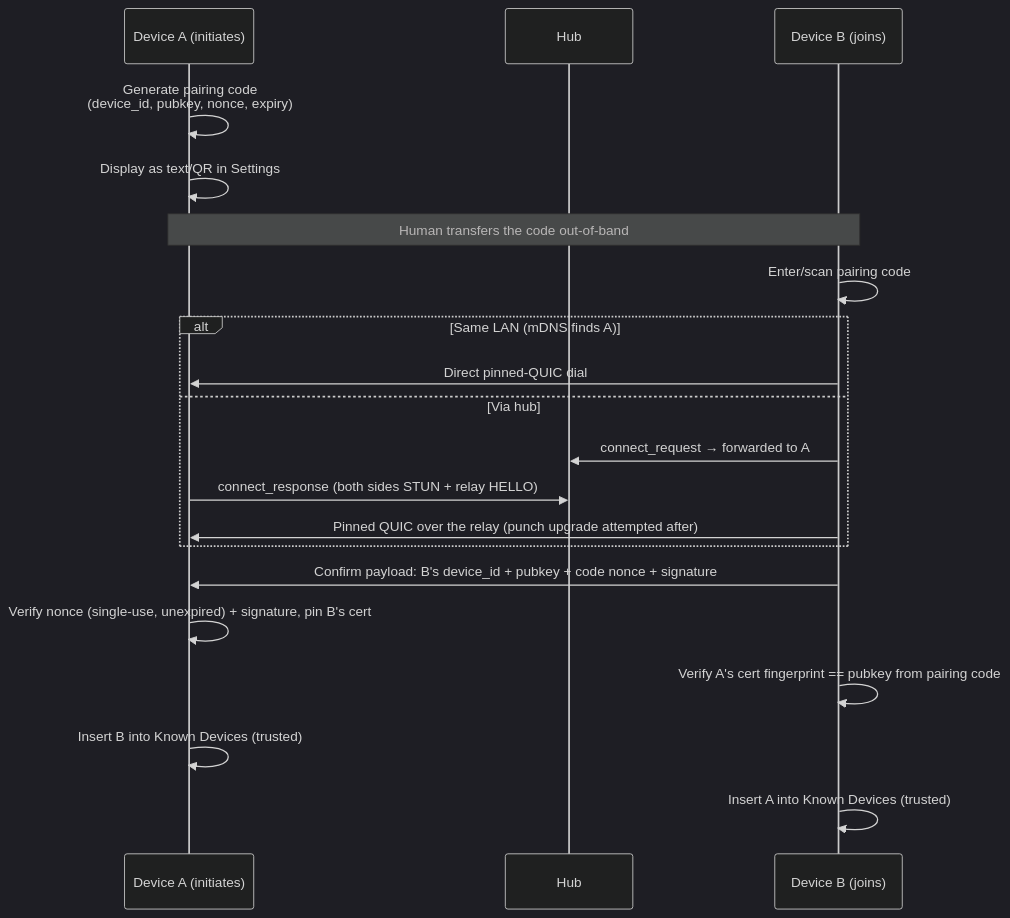
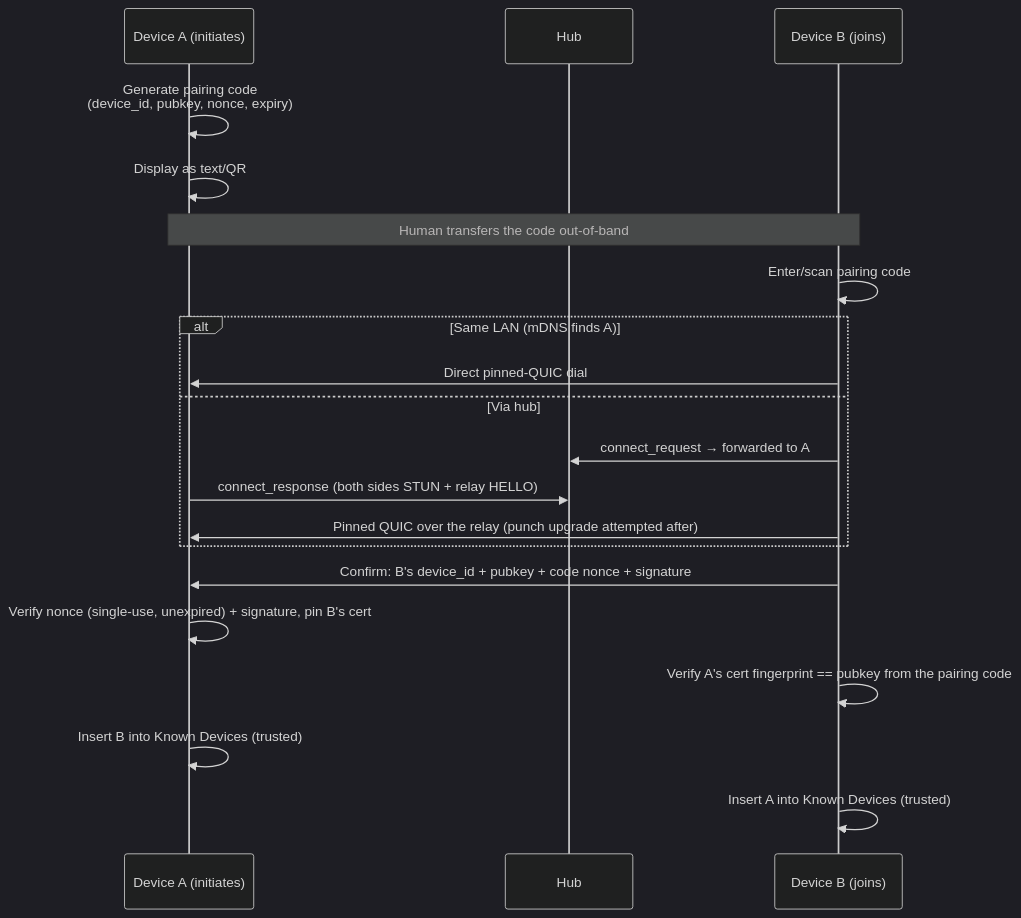
The diagram in docs/development/p2p-sharing.md (Jason-Turan0/yaffo), drawn with Mermaid (dark theme) before and after one commit. The commit also changed other lines of this file and 21 other files, not shown here.

````diff
--- a/docs/development/p2p-sharing.md
+++ b/docs/development/p2p-sharing.md
@@ -275,25 +147,25 @@
 ```mermaid
 sequenceDiagram
     participant A as Device A (initiates)
     participant H as Hub
     participant B as Device B (joins)
 
     A->>A: Generate pairing code<br/>(device_id, pubkey, nonce, expiry)
-    A->>A: Display as text/QR in Settings
+    A->>A: Display as text/QR
     Note over A,B: Human transfers the code out-of-band
     B->>B: Enter/scan pairing code
 
     alt Same LAN (mDNS finds A)
         B->>A: Direct pinned-QUIC dial
     else Via hub
         B->>H: connect_request → forwarded to A
         A->>H: connect_response (both sides STUN + relay HELLO)
         B->>A: Pinned QUIC over the relay (punch upgrade attempted after)
     end
 
-    B->>A: Confirm payload: B's device_id + pubkey + code nonce + signature
+    B->>A: Confirm: B's device_id + pubkey + code nonce + signature
     A->>A: Verify nonce (single-use, unexpired) + signature, pin B's cert
-    B->>B: Verify A's cert fingerprint == pubkey from pairing code
+    B->>B: Verify A's cert fingerprint == pubkey from the pairing code
     A->>A: Insert B into Known Devices (trusted)
     B->>B: Insert A into Known Devices (trusted)
 ```
````
